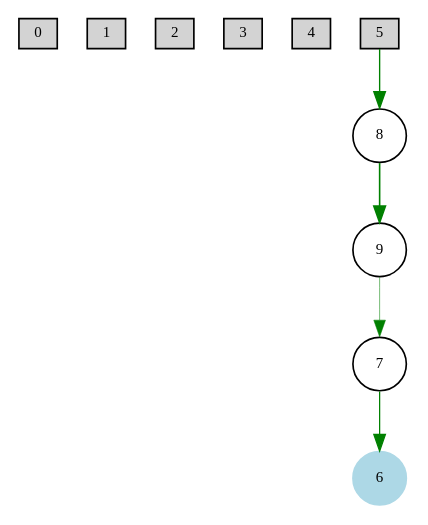
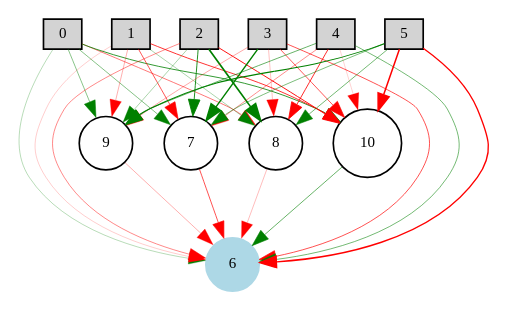
Before and after one commit to arkadyark/PongAI: the diagram in 2015-2016/nn_winner-enabled.gv, drawn with Graphviz. The commit also changed 28 other files, not shown here.

```diff
--- a/2015-2016/nn_winner-enabled.gv
+++ b/2015-2016/nn_winner-enabled.gv
@@ -1,14 +1,44 @@
 digraph {
 	node [fontsize=9 height=0.2 shape=circle width=0.2]
 		0 [shape=box style=filled]
 		1 [shape=box style=filled]
 		2 [shape=box style=filled]
 		3 [shape=box style=filled]
 		4 [shape=box style=filled]
 		5 [shape=box style=filled]
 		6 [color=lightblue style=filled]
-			7 -> 6 [color=green penwidth=0.746303350525 style=solid]
-			8 -> 9 [color=green penwidth=0.959295985581 style=solid]
-			5 -> 8 [color=green penwidth=0.823988843231 style=solid]
-			9 -> 7 [color=green penwidth=0.330033841511 style=solid]
+			5 -> 9 [color=green penwidth=0.618295896355 style=solid]
+			4 -> 7 [color=red penwidth=0.273923793434 style=solid]
+			4 -> 8 [color=red penwidth=0.495030948136 style=solid]
+			5 -> 6 [color=red penwidth=0.805339347983 style=solid]
+			2 -> 8 [color=green penwidth=1.00644098346 style=solid]
+			10 -> 6 [color=green penwidth=0.356764749753 style=solid]
+			0 -> 7 [color=green penwidth=0.294718291303 style=solid]
+			1 -> 6 [color=red penwidth=0.122196708895 style=solid]
+			0 -> 10 [color=green penwidth=0.477217078647 style=solid]
+			3 -> 7 [color=green penwidth=0.85755271645 style=solid]
+			5 -> 8 [color=green penwidth=0.330034912408 style=solid]
+			4 -> 9 [color=green penwidth=0.362435996439 style=solid]
+			2 -> 9 [color=green penwidth=0.198836919568 style=solid]
+			3 -> 10 [color=red penwidth=0.402653170541 style=solid]
+			3 -> 6 [color=red penwidth=0.409787935481 style=solid]
+			1 -> 10 [color=red penwidth=0.475975104864 style=solid]
+			8 -> 6 [color=red penwidth=0.159471853248 style=solid]
+			4 -> 10 [color=red penwidth=0.106780931244 style=solid]
+			2 -> 6 [color=red penwidth=0.282561460314 style=solid]
+			2 -> 10 [color=red penwidth=0.558614174161 style=solid]
+			3 -> 9 [color=red penwidth=0.209319063626 style=solid]
+			1 -> 9 [color=red penwidth=0.189324151144 style=solid]
+			0 -> 8 [color=red penwidth=0.322950192037 style=solid]
+			9 -> 6 [color=red penwidth=0.186015834863 style=solid]
+			2 -> 7 [color=green penwidth=0.520215501497 style=solid]
+			5 -> 10 [color=red penwidth=0.897333691098 style=solid]
+			4 -> 6 [color=green penwidth=0.32907656643 style=solid]
+			5 -> 7 [color=green penwidth=0.307020186645 style=solid]
+			3 -> 8 [color=red penwidth=0.150916897958 style=solid]
+			0 -> 6 [color=green penwidth=0.173954087369 style=solid]
+			1 -> 8 [color=green penwidth=0.204281518528 style=solid]
+			1 -> 7 [color=red penwidth=0.397107844765 style=solid]
+			0 -> 9 [color=green penwidth=0.279466147875 style=solid]
+			7 -> 6 [color=red penwidth=0.412032647286 style=solid]
 }
```
